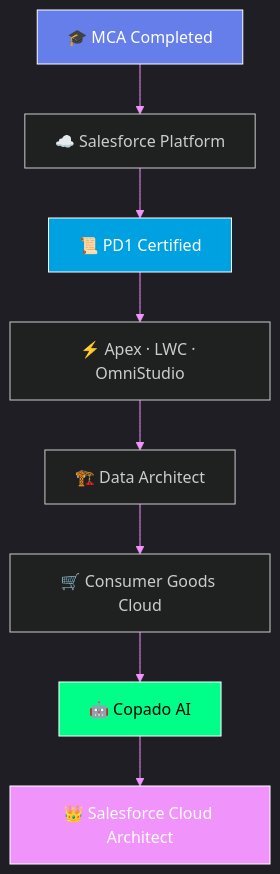
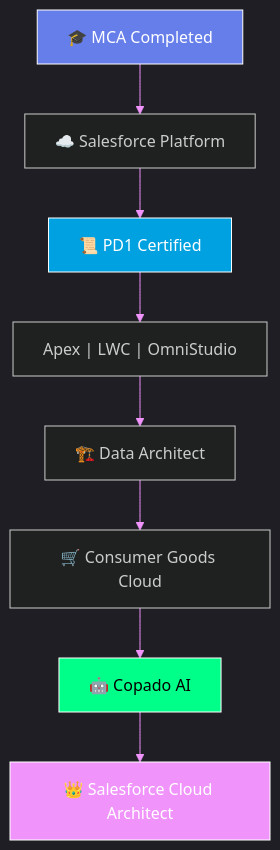
One commit to aliashfak178/aliashfak178 changed the diagram in README.md. Above: the diagram before and after it, drawn with Mermaid. The commit also changed other lines of this file and 3 other files, not shown here.

````diff
--- a/README.md
+++ b/README.md
@@ -225,16 +225,16 @@
 ```mermaid
 %%{init: {'theme':'dark', 'themeVariables': { 'primaryColor':'#667eea','primaryTextColor':'#fff','primaryBorderColor':'#764ba2','lineColor':'#f093fb','secondaryColor':'#161b22','tertiaryColor':'#0d1117'}}}%%
 graph TB
     A["🎓 MCA Completed"] --> B["☁️ Salesforce Platform"]
     B --> C["📜 PD1 Certified"]
-    C --> D["⚡ Apex · LWC · OmniStudio"]
+    C --> D["Apex | LWC | OmniStudio"]
     D --> E["🏗️ Data Architect"]
     E --> F["🛒 Consumer Goods Cloud"]
     F --> G["🤖 Copado AI"]
     G --> H["👑 Salesforce Cloud Architect"]
 
     style A fill:#667eea,stroke:#fff,color:#fff
     style C fill:#00A1E0,stroke:#fff,color:#fff
     style H fill:#f093fb,stroke:#fff,color:#fff
     style G fill:#00ff88,stroke:#fff,color:#000
 ```
````
